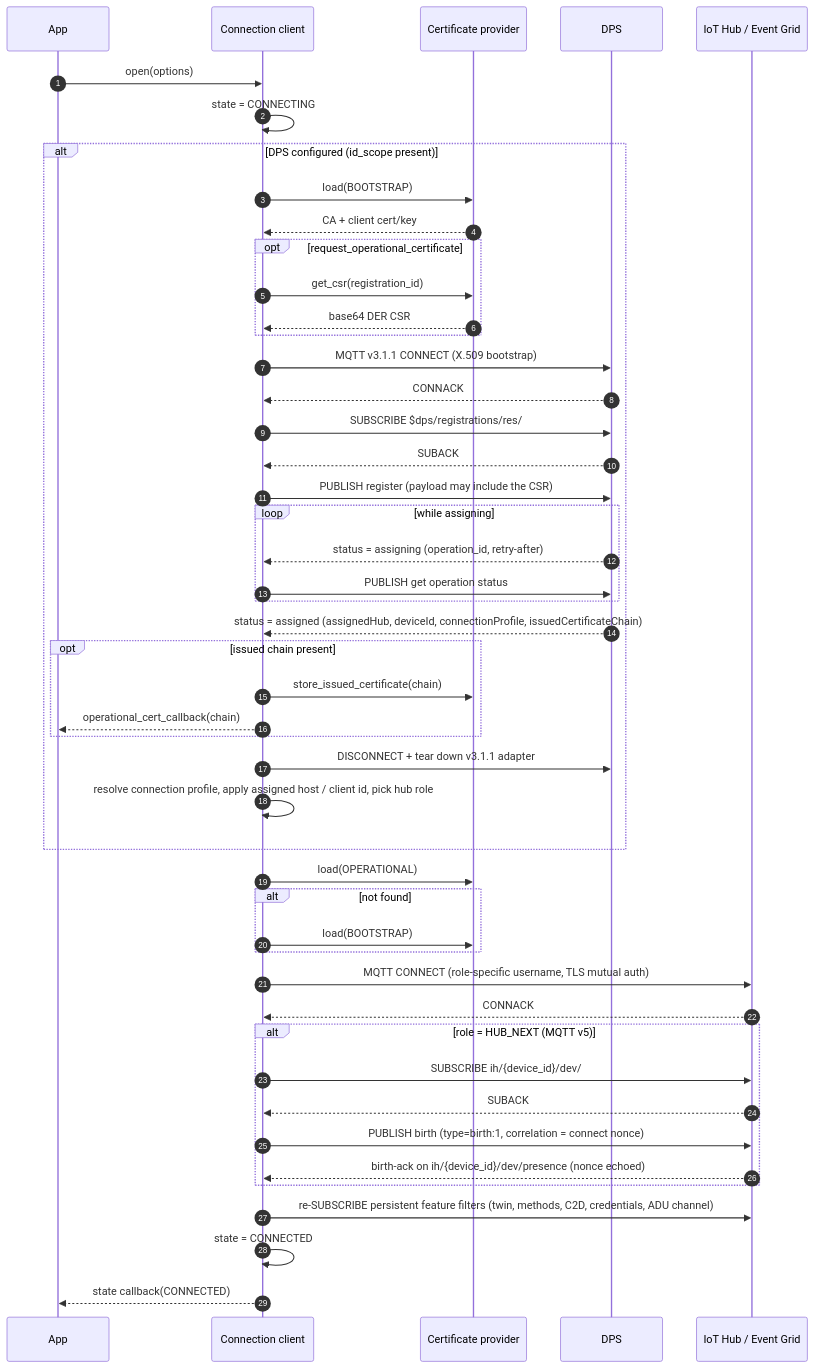
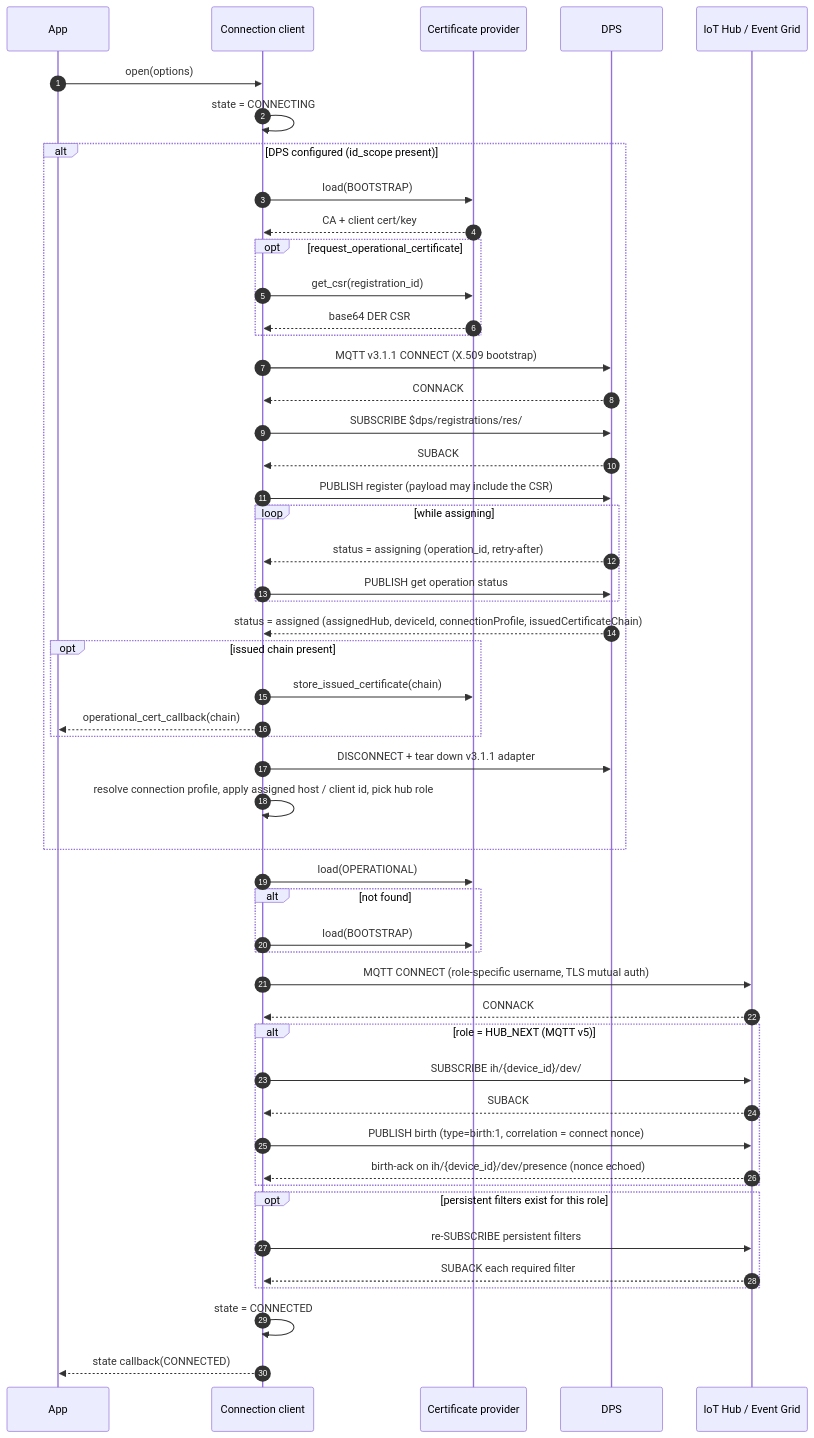
Before and after one commit to Azure/azure-iot-sdk: the third of 9 diagrams in c/docs/connection.md, drawn with Mermaid. The commit also changed other lines of this file and 10 other files, not shown here.

````diff
--- a/c/docs/connection.md
+++ b/c/docs/connection.md
@@ -101,55 +101,58 @@
 ```mermaid
 sequenceDiagram
     autonumber
     participant App
     participant Conn as Connection client
     participant Cert as Certificate provider
     participant DPS
     participant Hub as IoT Hub / Event Grid
 
     App->>Conn: open(options)
     Conn->>Conn: state = CONNECTING
 
     alt DPS configured (id_scope present)
         Conn->>Cert: load(BOOTSTRAP)
         Cert-->>Conn: CA + client cert/key
         opt request_operational_certificate
             Conn->>Cert: get_csr(registration_id)
             Cert-->>Conn: base64 DER CSR
         end
         Conn->>DPS: MQTT v3.1.1 CONNECT (X.509 bootstrap)
         DPS-->>Conn: CONNACK
         Conn->>DPS: SUBSCRIBE $dps/registrations/res/#
         DPS-->>Conn: SUBACK
         Conn->>DPS: PUBLISH register (payload may include the CSR)
         loop while assigning
             DPS-->>Conn: status = assigning (operation_id, retry-after)
             Conn->>DPS: PUBLISH get operation status
         end
         DPS-->>Conn: status = assigned (assignedHub, deviceId, connectionProfile, issuedCertificateChain)
         opt issued chain present
             Conn->>Cert: store_issued_certificate(chain)
             Conn-->>App: operational_cert_callback(chain)
         end
         Conn->>DPS: DISCONNECT + tear down v3.1.1 adapter
         Conn->>Conn: resolve connection profile, apply assigned host / client id, pick hub role
     end
 
     Conn->>Cert: load(OPERATIONAL)
     alt not found
         Conn->>Cert: load(BOOTSTRAP)
     end
     Conn->>Hub: MQTT CONNECT (role-specific username, TLS mutual auth)
     Hub-->>Conn: CONNACK
 
     alt role = HUB_NEXT (MQTT v5)
         Conn->>Hub: SUBSCRIBE ih/{device_id}/dev/# (QoS 1)
         Hub-->>Conn: SUBACK
         Conn->>Hub: PUBLISH birth (type=birth:1, correlation = connect nonce)
         Hub-->>Conn: birth-ack on ih/{device_id}/dev/presence (nonce echoed)
     end
 
-    Conn->>Hub: re-SUBSCRIBE persistent feature filters (twin, methods, C2D, credentials, ADU channel)
+    opt persistent filters exist for this role
+      Conn->>Hub: re-SUBSCRIBE persistent filters
+      Hub-->>Conn: SUBACK each required filter
+    end
     Conn->>Conn: state = CONNECTED
     Conn-->>App: state callback(CONNECTED)
 ```
````
